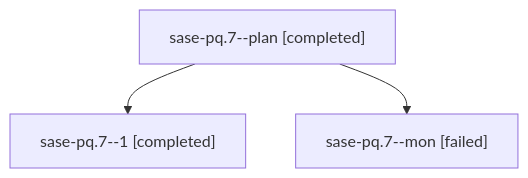
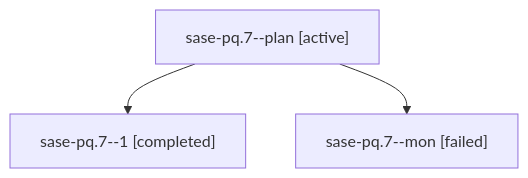
The diagram in families/bbugyi200.athena.sase-pq.7.md (sase-org/sase--agents), drawn with Mermaid before and after one commit. The commit also changed other lines of this file and 35830 other files, not shown here.

````diff
--- a/families/bbugyi200.athena.sase-pq.7.md
+++ b/families/bbugyi200.athena.sase-pq.7.md
@@ -9,8 +9,8 @@
 ```mermaid
 flowchart TD
-  n0["sase-pq.7--plan [completed]"]
+  n0["sase-pq.7--plan [active]"]
   n1["sase-pq.7--1 [completed]"]
   n0 --> n1
   n2["sase-pq.7--mon [failed]"]
   n0 --> n2
 ```
````
